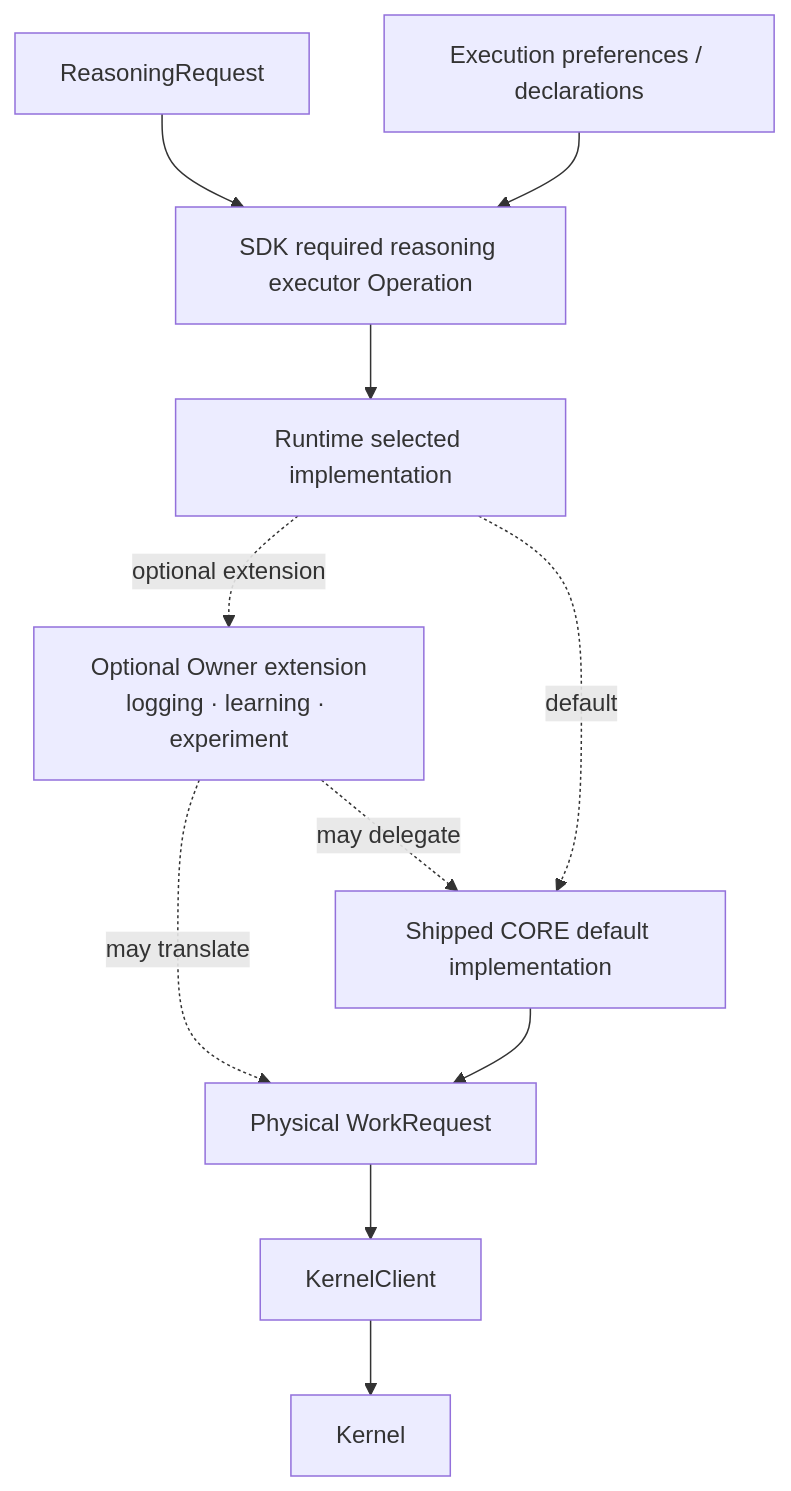
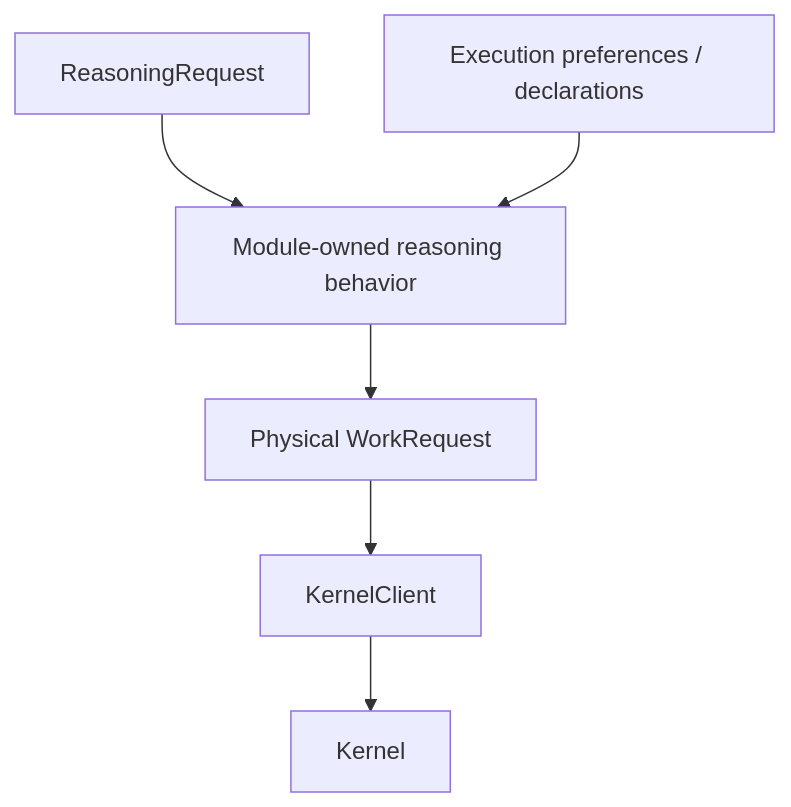
One commit to DidacLL/MADRE changed the ninth of 12 diagrams in docs/architecture/mid-level-architecture.md. Above: the diagram before and after it, drawn with Mermaid. The commit also changed other lines of this file and 14 other files, not shown here.

Commit message:
Keep Runtime to Module launcher and MADRE loop

````diff
--- a/docs/architecture/mid-level-architecture.md
+++ b/docs/architecture/mid-level-architecture.md
@@ -380,23 +371,15 @@
 ```mermaid
 flowchart TB
     RR["ReasoningRequest"]
     EP["Execution preferences / declarations"]
-    OP["SDK required reasoning executor Operation"]
-    SEL["Runtime selected implementation"]
-    EXT["Optional Owner extension<br/>logging · learning · experiment"]
-    CORE["Shipped CORE default implementation"]
+    OP["Module-owned reasoning behavior"]
     W["Physical WorkRequest"]
     KC["KernelClient"]
     K["Kernel"]
 
     RR --> OP
     EP --> OP
-    OP --> SEL
-    SEL -. optional extension .-> EXT
-    EXT -. may delegate .-> CORE
-    SEL -. default .-> CORE
-    EXT -. may translate .-> W
-    CORE --> W
+    OP --> W
     W --> KC
     KC --> K
 ```
````
